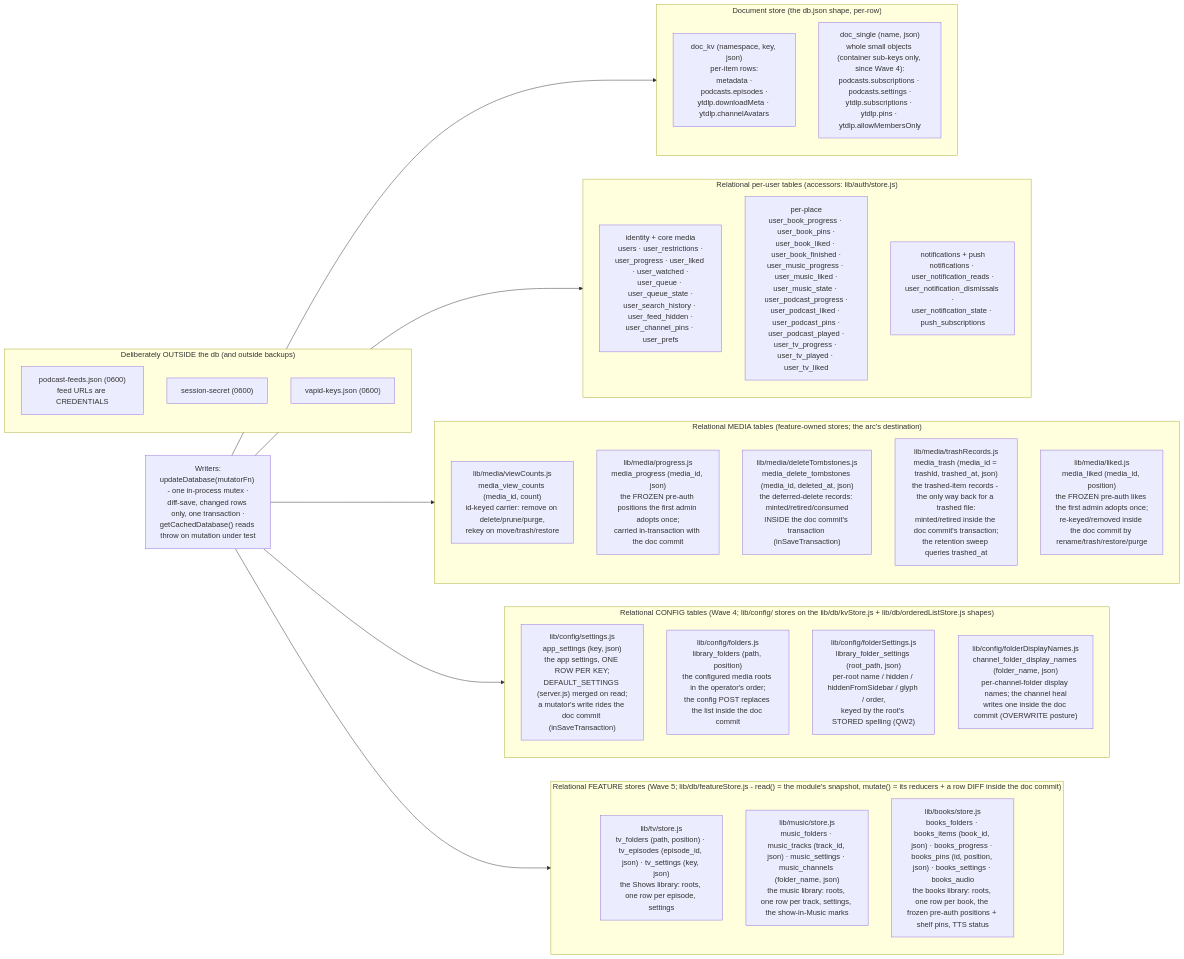
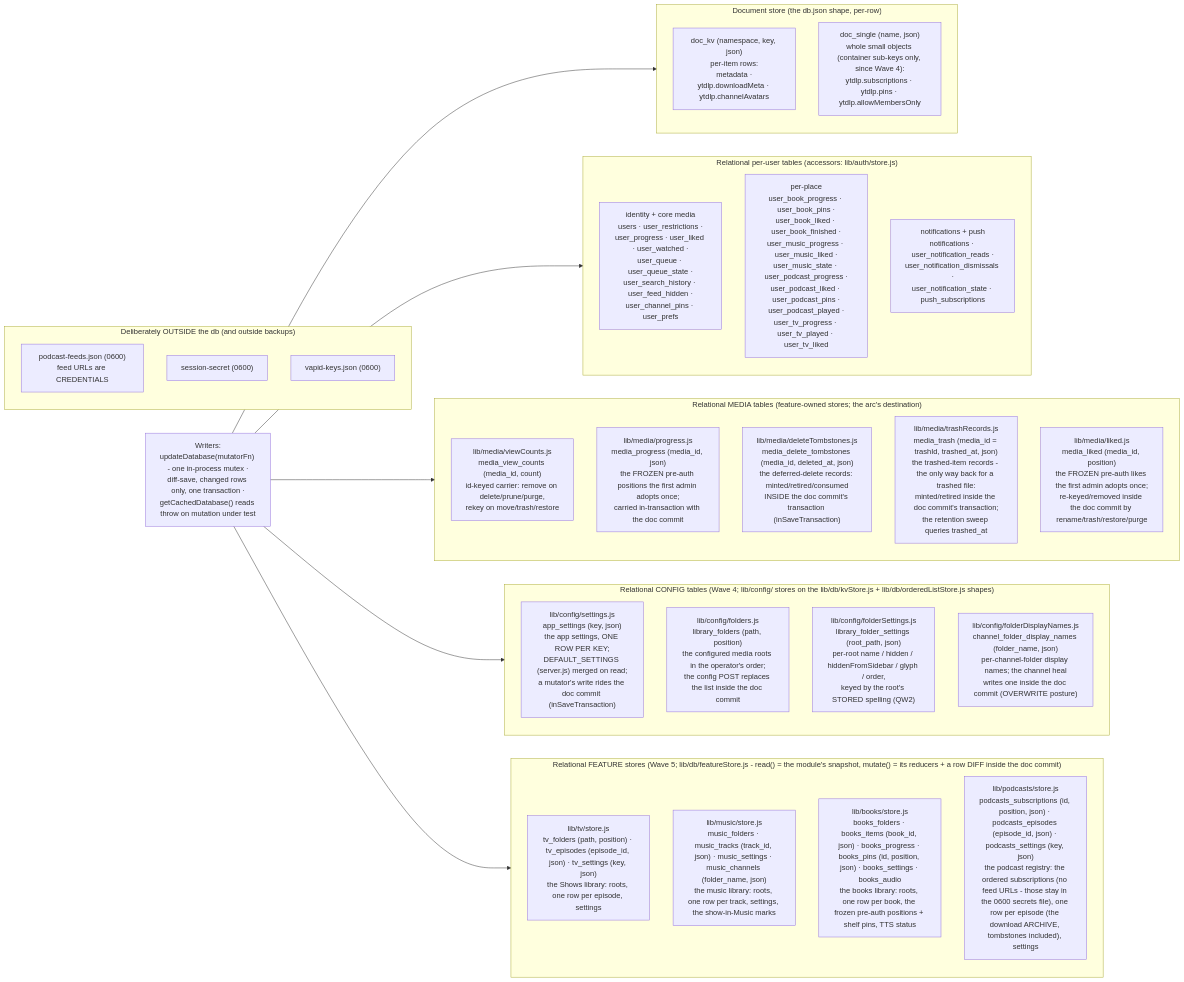
Before and after one commit to dtammam/filetube: the second of 6 diagrams in docs/DIAGRAMS.md, drawn with Mermaid. The commit also changed other lines of this file and 29 other files, not shown here.

````diff
--- a/docs/DIAGRAMS.md
+++ b/docs/DIAGRAMS.md
@@ -105,48 +105,49 @@
 ```mermaid
 flowchart LR
     subgraph DOC["Document store (the db.json shape, per-row)"]
-        KV["doc_kv (namespace, key, json)<br/>per-item rows:<br/>metadata ·<br/>podcasts.episodes ·<br/>ytdlp.downloadMeta · ytdlp.channelAvatars"]
-        SINGLE["doc_single (name, json)<br/>whole small objects (container sub-keys only, since Wave 4):<br/>podcasts.subscriptions · podcasts.settings ·<br/>ytdlp.subscriptions · ytdlp.pins · ytdlp.allowMembersOnly"]
+        KV["doc_kv (namespace, key, json)<br/>per-item rows:<br/>metadata ·<br/>ytdlp.downloadMeta · ytdlp.channelAvatars"]
+        SINGLE["doc_single (name, json)<br/>whole small objects (container sub-keys only, since Wave 4):<br/>ytdlp.subscriptions · ytdlp.pins · ytdlp.allowMembersOnly"]
     end
 
     subgraph REL["Relational per-user tables (accessors: lib/auth/store.js)"]
         CORE["identity + core media<br/>users · user_restrictions ·<br/>user_progress · user_liked · user_watched ·<br/>user_queue · user_queue_state ·<br/>user_search_history · user_feed_hidden ·<br/>user_channel_pins · user_prefs"]
         PLACEST["per-place<br/>user_book_progress · user_book_pins ·<br/>user_book_liked · user_book_finished ·<br/>user_music_progress · user_music_liked ·<br/>user_music_state · user_podcast_progress ·<br/>user_podcast_liked · user_podcast_pins ·<br/>user_podcast_played ·<br/>user_tv_progress · user_tv_played · user_tv_liked"]
         NOTIF["notifications + push<br/>notifications · user_notification_reads ·<br/>user_notification_dismissals ·<br/>user_notification_state · push_subscriptions"]
     end
 
     subgraph MEDIA["Relational MEDIA tables (feature-owned stores; the arc's destination)"]
         VC["lib/media/viewCounts.js<br/>media_view_counts (media_id, count)<br/>id-keyed carrier: remove on delete/prune/purge,<br/>rekey on move/trash/restore"]
         PR["lib/media/progress.js<br/>media_progress (media_id, json)<br/>the FROZEN pre-auth positions the first admin adopts once;<br/>carried in-transaction with the doc commit"]
         DT["lib/media/deleteTombstones.js<br/>media_delete_tombstones (media_id, deleted_at, json)<br/>the deferred-delete records: minted/retired/consumed<br/>INSIDE the doc commit's transaction (inSaveTransaction)"]
         TR["lib/media/trashRecords.js<br/>media_trash (media_id = trashId, trashed_at, json)<br/>the trashed-item records - the only way back for a trashed file:<br/>minted/retired inside the doc commit's transaction;<br/>the retention sweep queries trashed_at"]
         LK["lib/media/liked.js<br/>media_liked (media_id, position)<br/>the FROZEN pre-auth likes the first admin adopts once;<br/>re-keyed/removed inside the doc commit by rename/trash/restore/purge"]
     end
 
     subgraph CONFIG["Relational CONFIG tables (Wave 4; lib/config/ stores on the lib/db/kvStore.js + lib/db/orderedListStore.js shapes)"]
         ST["lib/config/settings.js<br/>app_settings (key, json)<br/>the app settings, ONE ROW PER KEY;<br/>DEFAULT_SETTINGS (server.js) merged on read;<br/>a mutator's write rides the doc commit (inSaveTransaction)"]
         FO["lib/config/folders.js<br/>library_folders (path, position)<br/>the configured media roots in the operator's order;<br/>the config POST replaces the list inside the doc commit"]
         FS["lib/config/folderSettings.js<br/>library_folder_settings (root_path, json)<br/>per-root name / hidden / hiddenFromSidebar / glyph / order,<br/>keyed by the root's STORED spelling (QW2)"]
         FD["lib/config/folderDisplayNames.js<br/>channel_folder_display_names (folder_name, json)<br/>per-channel-folder display names; the channel heal<br/>writes one inside the doc commit (OVERWRITE posture)"]
     end
 
     subgraph FEATURES["Relational FEATURE stores (Wave 5; lib/db/featureStore.js - read() = the module's snapshot, mutate() = its reducers + a row DIFF inside the doc commit)"]
         TV["lib/tv/store.js<br/>tv_folders (path, position) · tv_episodes (episode_id, json) · tv_settings (key, json)<br/>the Shows library: roots, one row per episode, settings"]
         MU["lib/music/store.js<br/>music_folders · music_tracks (track_id, json) · music_settings · music_channels (folder_name, json)<br/>the music library: roots, one row per track, settings, the show-in-Music marks"]
         BK["lib/books/store.js<br/>books_folders · books_items (book_id, json) · books_progress · books_pins (id, position, json) · books_settings · books_audio<br/>the books library: roots, one row per book, the frozen pre-auth positions + shelf pins, TTS status"]
+        PC["lib/podcasts/store.js<br/>podcasts_subscriptions (id, position, json) · podcasts_episodes (episode_id, json) · podcasts_settings (key, json)<br/>the podcast registry: the ordered subscriptions (no feed URLs - those stay in the 0600 secrets file), one row per episode (the download ARCHIVE, tombstones included), settings"]
     end
 
     subgraph OUT["Deliberately OUTSIDE the db (and outside backups)"]
         FEEDS["podcast-feeds.json (0600)<br/>feed URLs are CREDENTIALS"]
         SS["session-secret (0600)"]
         VAPID["vapid-keys.json (0600)"]
     end
 
     WRITERS["Writers:<br/>updateDatabase(mutatorFn) - one in-process mutex ·<br/>diff-save, changed rows only, one transaction ·<br/>getCachedDatabase() reads throw on mutation under test"]
 
     WRITERS --> DOC
     WRITERS --> REL
     WRITERS --> MEDIA
     WRITERS --> CONFIG
     WRITERS --> FEATURES
 ```
````
